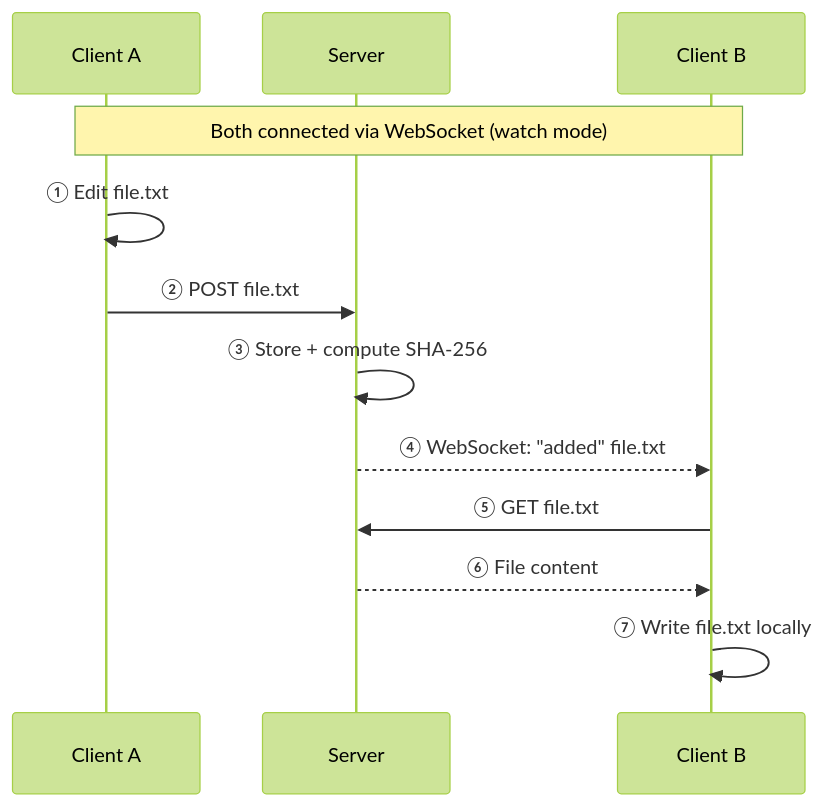
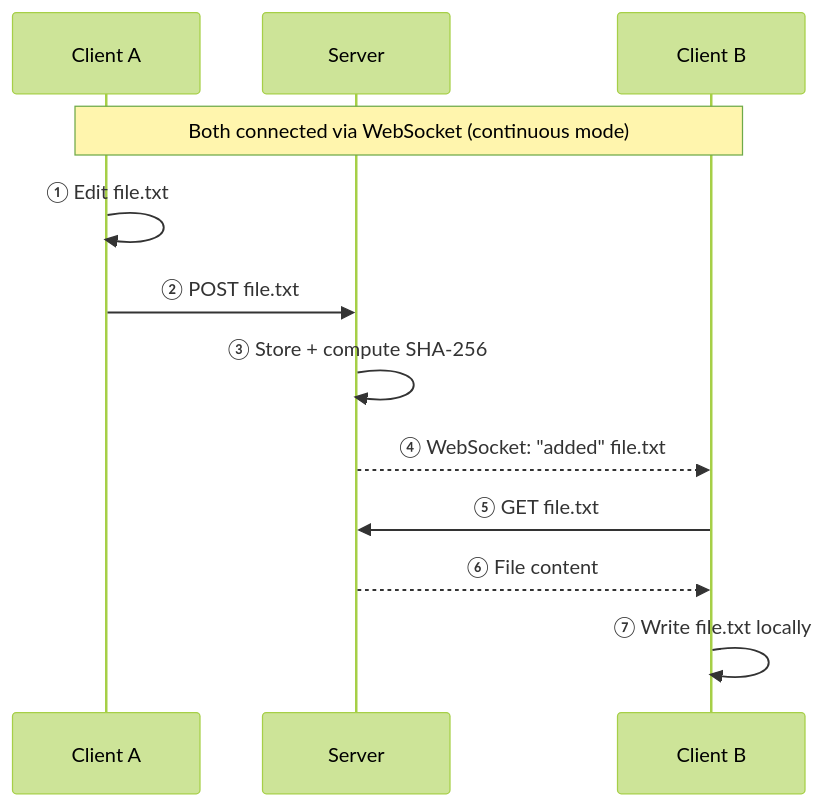
One commit to albertsdk/hsync-client changed the second of 2 diagrams in docs/server-mode.md. Above: the diagram before and after it, drawn with Mermaid (forest theme). The commit also changed other lines of this file and 71 other files, not shown here.

First line of the commit message:
feat(cli): default to continuous sync; replace --watch with --once

````diff
--- a/docs/server-mode.md
+++ b/docs/server-mode.md
@@ -63,16 +65,16 @@
 ```mermaid
 sequenceDiagram
     participant C1 as Client A
     participant S as Server
     participant C2 as Client B
 
-    Note over C1,C2: Both connected via WebSocket (watch mode)
+    Note over C1,C2: Both connected via WebSocket (continuous mode)
 
     C1->>C1: ① Edit file.txt
     C1->>S: ② POST file.txt
     S->>S: ③ Store + compute SHA-256
     S-->>C2: ④ WebSocket: "added" file.txt
     C2->>S: ⑤ GET file.txt
     S-->>C2: ⑥ File content
     C2->>C2: ⑦ Write file.txt locally
 ```
````
